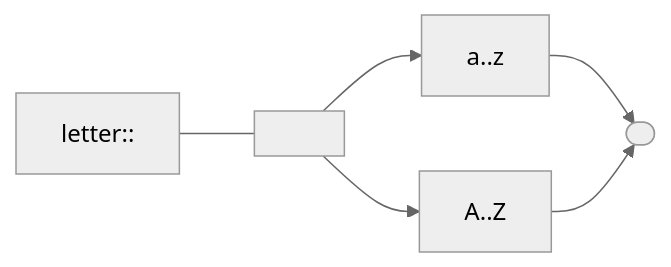
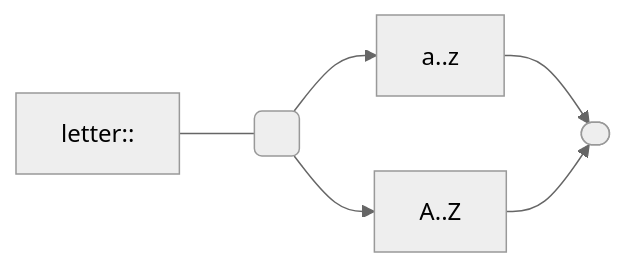
The ninth of 16 diagrams in README.md (andrewfstratton/quandoscript), drawn with Mermaid (neutral theme) before and after one commit. The commit also changed other lines of this file, not shown here.

````diff
--- a/README.md
+++ b/README.md
@@ -74,6 +67,6 @@
 ```mermaid
 graph LR
     stop([ ])
-    letter::---l[ ]--> a..z--> stop
+    letter::---l( )--> a..z--> stop
     l--> A..Z--> stop
 ```
````
